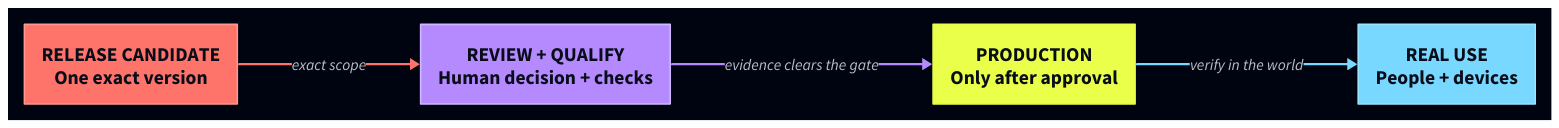
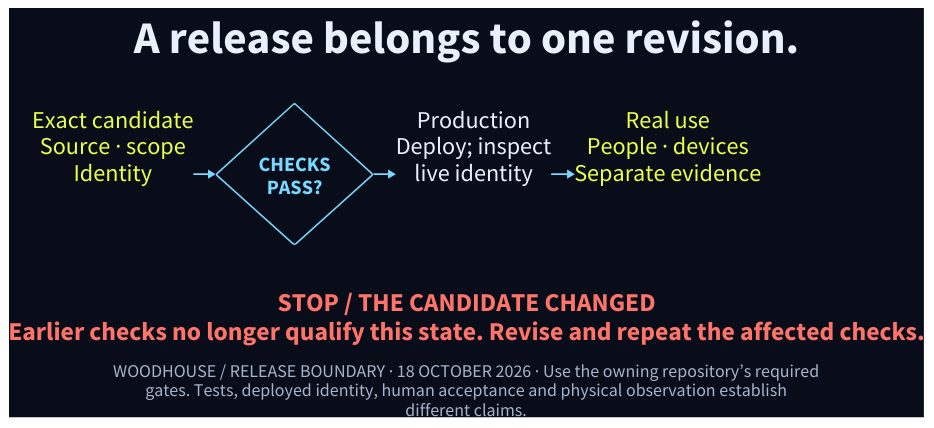
One commit to loftwah/woodhouse-new changed the diagram in diagrams/release-path.d2. Above: the diagram before and after it, drawn with D2. The commit also changed 83 other files, not shown here.

Commit message:
Rebuild Woodhouse technical plates and the founding feature

```diff
--- a/diagrams/release-path.d2
+++ b/diagrams/release-path.d2
@@ -1,42 +1,84 @@
+# Woodhouse authored technical plate. Reviewed 18 October 2026.
+# Shape grammar: text = work; circle = responsibility; diamond = decision;
+# labelled stop = evidence boundary; dashed line = return or conditional path.
+# This is a method/relationship, not a claim that every project passed it.
+vars: {d2-config: {layout-engine: elk; theme-id: 0; pad: 16}}
+style.fill: "#080D19"
 direction: right
-vars: { d2-config: { layout-engine: elk; theme-id: 201 } }
+grid-columns: 1
+vertical-gap: 22
 
-candidate: "RELEASE CANDIDATE\nOne exact version" {
-  style.fill: "#FF746A"
-  style.stroke: "#FF968F"
-  style.stroke-width: 2
-  style.font-color: "#080D19"
-  style.font-size: 25
+plate_title: "A release belongs to one revision." {
+  shape: text
+  style.font-color: "#EAF0FA"
+  style.font-size: 58
+  style.fill: "transparent"
+  style.stroke: "#EAF0FA"
+  style.stroke-width: 0
   style.bold: true
 }
-
-qualify: "REVIEW + QUALIFY\nHuman decision + checks" {
-  style.fill: "#B58AFF"
-  style.stroke: "#D0B8FF"
+plate_title.near: top-center
+release: "" {
+  style.fill: transparent
+  style.stroke-width: 0
+  grid-rows: 1
+  grid-columns: 4
+  grid-gap: 30
+candidate: "Exact candidate\nSource · scope\nIdentity" {
+  shape: text
+  style.font-color: "#E9FF49"
+  style.font-size: 31
+  style.fill: "transparent"
+  style.stroke: "#E9FF49"
+  style.stroke-width: 0
+}
+gate: "CHECKS\nPASS?" {
+  label.near: center-center
+  shape: diamond
+  style.font-color: "#79D8FF"
+  style.font-size: 26
+  style.fill: "transparent"
+  style.stroke: "#79D8FF"
   style.stroke-width: 2
-  style.font-color: "#080D19"
-  style.font-size: 25
+  width: 200
+  height: 180
   style.bold: true
 }
-
-production: "PRODUCTION\nOnly after approval" {
-  style.fill: "#E9FF49"
+live: "Production\nDeploy; inspect\nlive identity" {
+  shape: text
+  style.font-color: "#EAF0FA"
+  style.font-size: 31
+  style.fill: "transparent"
+  style.stroke: "#EAF0FA"
+  style.stroke-width: 0
+}
+use: "Real use\nPeople · devices\nSeparate evidence" {
+  shape: text
+  style.font-color: "#E9FF49"
+  style.font-size: 31
+  style.fill: "transparent"
   style.stroke: "#E9FF49"
-  style.stroke-width: 2
-  style.font-color: "#080D19"
-  style.font-size: 25
+  style.stroke-width: 0
+}
+candidate -> gate: "" {style.stroke: "#79D8FF"; style.stroke-width: 2; style.font-color: "#79D8FF"; style.font-size: 22;}
+gate -> live: "" {style.stroke: "#79D8FF"; style.stroke-width: 2; style.font-color: "#79D8FF"; style.font-size: 22;}
+live -> use: "" {style.stroke: "#79D8FF"; style.stroke-width: 2; style.font-color: "#79D8FF"; style.font-size: 22;}
+}
+stop: "STOP / THE CANDIDATE CHANGED\nEarlier checks no longer qualify this state. Revise and repeat the affected checks." {
+  shape: text
+  style.font-color: "#FF746A"
+  style.font-size: 33
+  style.fill: "transparent"
+  style.stroke: "#FF746A"
+  style.stroke-width: 0
   style.bold: true
 }
-
-real_use: "REAL USE\nPeople + devices" {
-  style.fill: "#79D8FF"
-  style.stroke: "#9BE4FF"
-  style.stroke-width: 2
-  style.font-color: "#080D19"
-  style.font-size: 25
-  style.bold: true
+plate_note: "WOODHOUSE / RELEASE BOUNDARY · 18 OCTOBER 2026 · Use the owning repository’s required\ngates. Tests, deployed identity, human acceptance and physical observation establish\ndifferent claims." {
+  shape: text
+  style.font-color: "#A6B4CB"
+  style.font-size: 23
+  style.fill: "transparent"
+  style.stroke: "#A6B4CB"
+  style.stroke-width: 0
 }
-
-candidate -> qualify: "exact scope" {style.stroke: "#FF746A"; style.stroke-width: 3; style.font-size: 20}
-qualify -> production: "evidence clears the gate" {style.stroke: "#B58AFF"; style.stroke-width: 3; style.font-size: 20}
-production -> real_use: "verify in the world" {style.stroke: "#79D8FF"; style.stroke-width: 3; style.font-size: 20}
+plate_note.near: bottom-center
```
